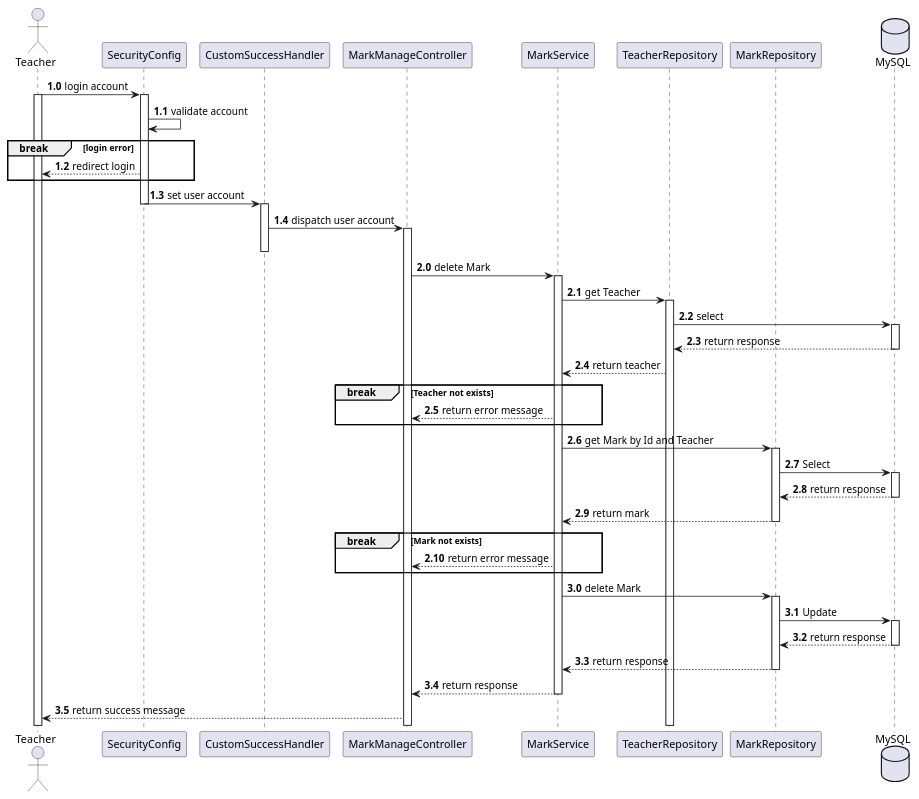
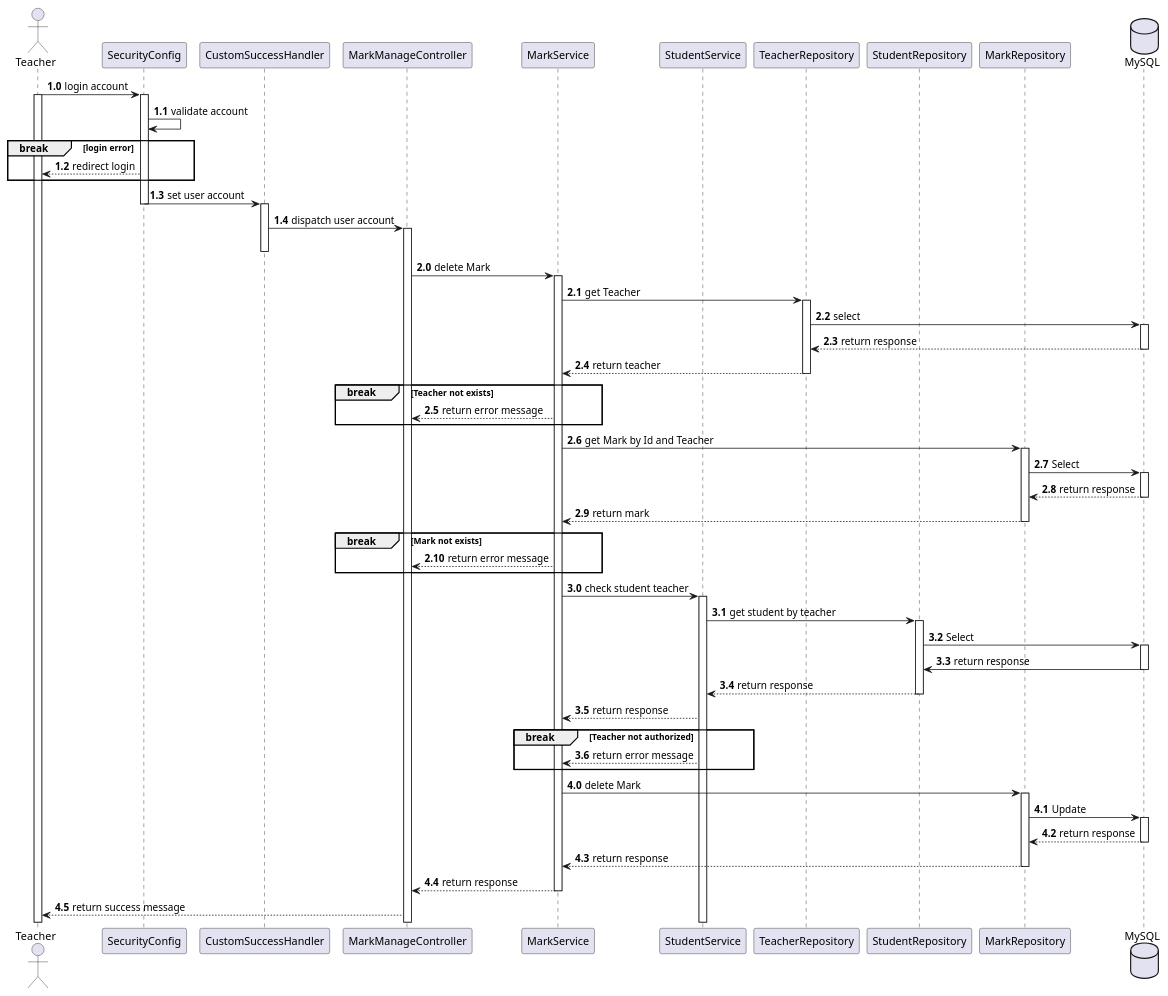
Before and after one commit to kientthe163256/student-management-fa22: the diagram in uml/teacher/deleteMark.puml, drawn with PlantUML. The commit also changed 1 other file, not shown here.

Commit message:
edit uml

```diff
--- a/uml/teacher/deleteMark.puml
+++ b/uml/teacher/deleteMark.puml
@@ -1,65 +1,83 @@
 @startuml
 Actor Teacher
 participant SecurityConfig
 participant CustomSuccessHandler
 participant MarkManageController
 participant MarkService
+participant StudentService
 participant TeacherRepository
+participant StudentRepository
 participant MarkRepository
 database MySQL
 
 autonumber 1.0
 Teacher -> SecurityConfig: login account
 
 activate Teacher
 activate SecurityConfig
 autonumber 1.1
 SecurityConfig -> SecurityConfig: validate account
 break login error
 SecurityConfig --> Teacher: redirect login
 end
 SecurityConfig -> CustomSuccessHandler: set user account
 deactivate SecurityConfig
 activate CustomSuccessHandler
 CustomSuccessHandler -> MarkManageController: dispatch user account
 activate MarkManageController
 deactivate CustomSuccessHandler
 autonumber 2.0
 MarkManageController -> MarkService : delete Mark
 activate MarkService
 MarkService -> TeacherRepository: get Teacher
 activate TeacherRepository
 TeacherRepository -> MySQL: select
 activate MySQL
 MySQL --> TeacherRepository: return response
 deactivate MySQL
 TeacherRepository --> MarkService: return teacher
+deactivate TeacherRepository
 break Teacher not exists
 MarkService --> MarkManageController: return error message
 end
 
 
 MarkService -> MarkRepository: get Mark by Id and Teacher
 activate MarkRepository
 MarkRepository -> MySQL: Select
 activate MySQL
 MySQL --> MarkRepository: return response
 deactivate MySQL
 MarkRepository --> MarkService: return mark
 deactivate MarkRepository
 break Mark not exists
 MarkService --> MarkManageController: return error message
 end
 autonumber 3.0
+MarkService -> StudentService: check student teacher
+activate StudentService
+StudentService -> StudentRepository: get student by teacher
+activate StudentRepository
+StudentRepository -> MySQL: Select
+activate MySQL
+MySQL -> StudentRepository: return response
+deactivate MySQL
+StudentRepository --> StudentService: return response
+deactivate StudentRepository
+StudentService --> MarkService: return response
+break Teacher not authorized
+StudentService --> MarkService: return error message
+end
+autonumber 4.0
 MarkService -> MarkRepository: delete Mark
 activate MarkRepository
 MarkRepository -> MySQL: Update
 activate MySQL
 MySQL --> MarkRepository: return response
 deactivate MySQL
 MarkRepository --> MarkService: return response
 deactivate MarkRepository
 MarkService --> MarkManageController: return response
 deactivate MarkService
 MarkManageController --> Teacher: return success message
 @enduml
```
